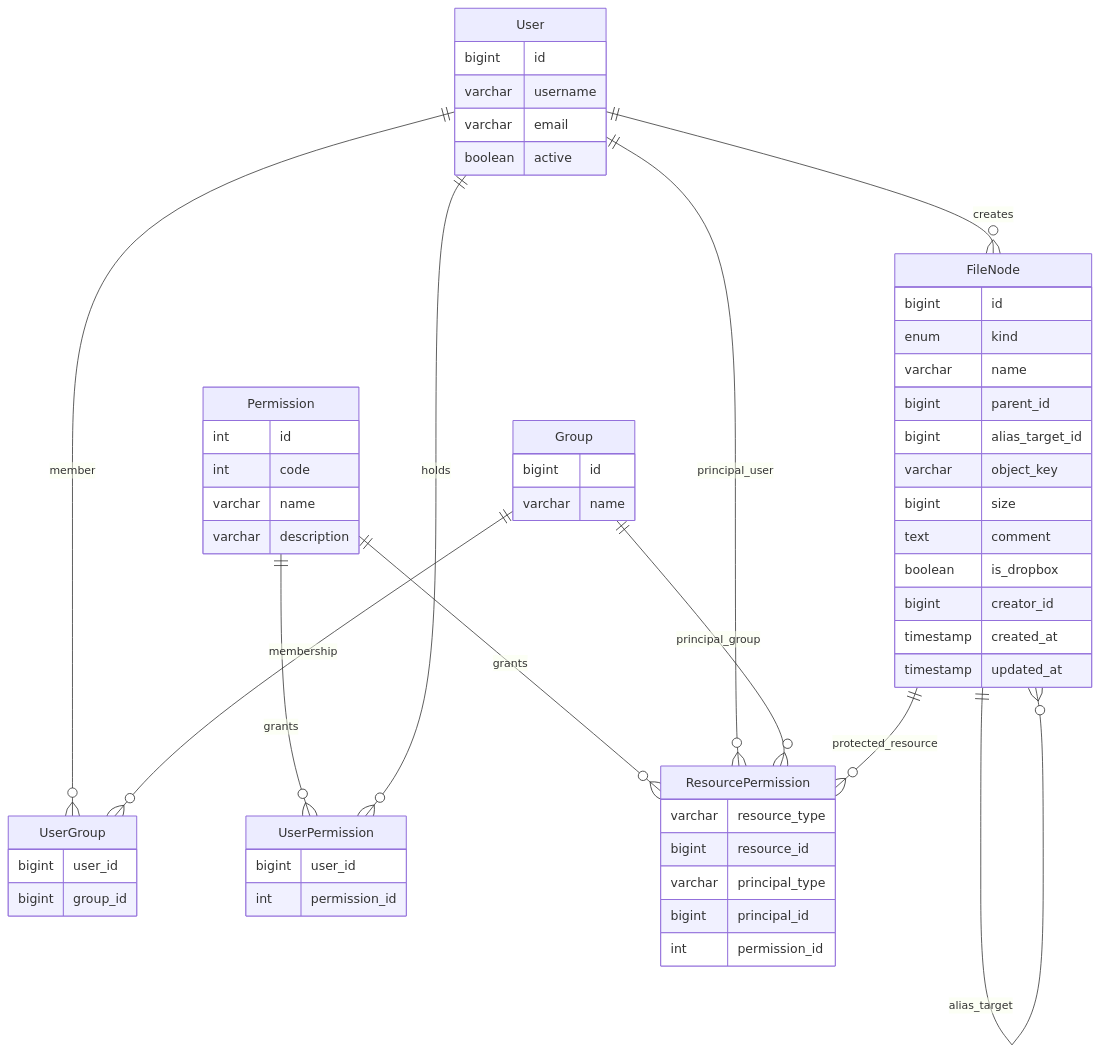
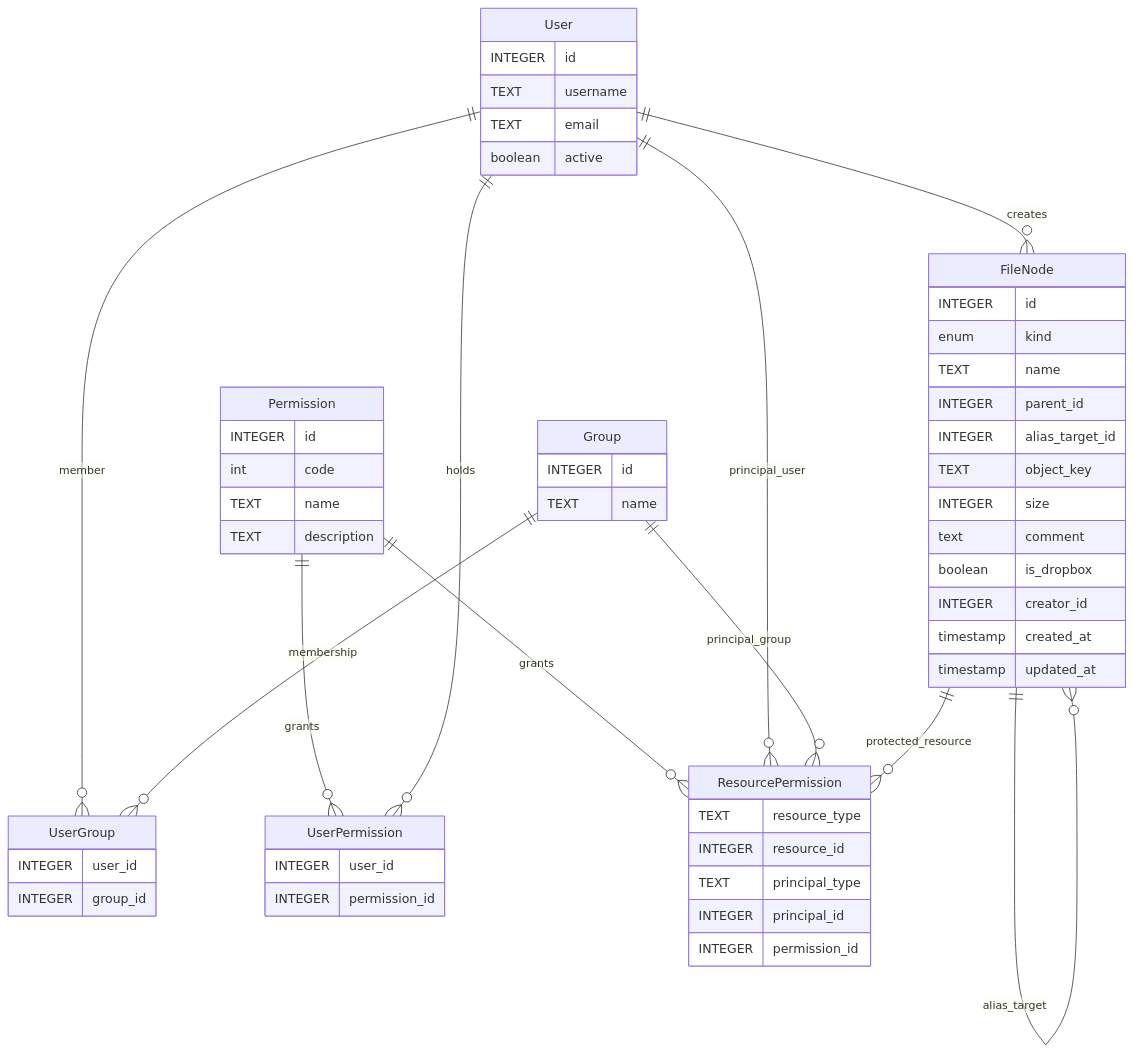
The fifth of 5 diagrams in docs/design.md (leynos/mxd), drawn with Mermaid before and after one commit. The commit also changed 22 other files, not shown here.

````diff
--- a/docs/design.md
+++ b/docs/design.md
@@ -2557,75 +2557,75 @@
 ```mermaid
 erDiagram
   FileNode {
-    bigint id
+    INTEGER id
     enum kind
-    varchar name
-    bigint parent_id
-    bigint alias_target_id
-    varchar object_key
-    bigint size
+    TEXT name
+    INTEGER parent_id
+    INTEGER alias_target_id
+    TEXT object_key
+    INTEGER size
     text comment
     boolean is_dropbox
-    bigint creator_id
+    INTEGER creator_id
     timestamp created_at
     timestamp updated_at
   }
 
   User {
-    bigint id
-    varchar username
-    varchar email
+    INTEGER id
+    TEXT username
+    TEXT email
     boolean active
   }
 
   Group {
-    bigint id
-    varchar name
+    INTEGER id
+    TEXT name
   }
 
   UserGroup {
-    bigint user_id
-    bigint group_id
+    INTEGER user_id
+    INTEGER group_id
   }
 
   Permission {
-    int id
+    INTEGER id
     int code
-    varchar name
-    varchar description
+    TEXT name
+    TEXT description
   }
 
   UserPermission {
-    bigint user_id
-    int permission_id
+    INTEGER user_id
+    INTEGER permission_id
   }
 
   ResourcePermission {
-    varchar resource_type
-    bigint resource_id
-    varchar principal_type
-    bigint principal_id
-    int permission_id
+    TEXT resource_type
+    INTEGER resource_id
+    TEXT principal_type
+    INTEGER principal_id
+    INTEGER permission_id
   }
 
   %% Hierarchy relations
   FileNode ||--o{ FileNode : parent
   FileNode ||--o{ FileNode : alias_target
 
   %% Creators
   User ||--o{ FileNode : creates
 
   %% Groups and membership
   User ||--o{ UserGroup : member
   Group ||--o{ UserGroup : membership
 
   %% Global privileges
   Permission ||--o{ UserPermission : grants
   User ||--o{ UserPermission : holds
 
   %% Shared resource ACL
   Permission ||--o{ ResourcePermission : grants
   User ||--o{ ResourcePermission : principal_user
   Group ||--o{ ResourcePermission : principal_group
   FileNode ||--o{ ResourcePermission : protected_resource
 ```
````
